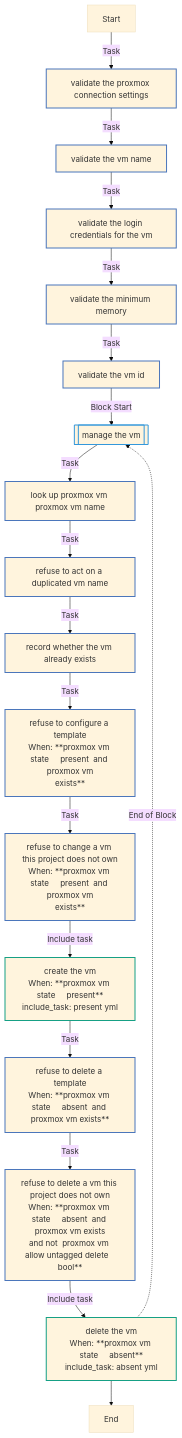
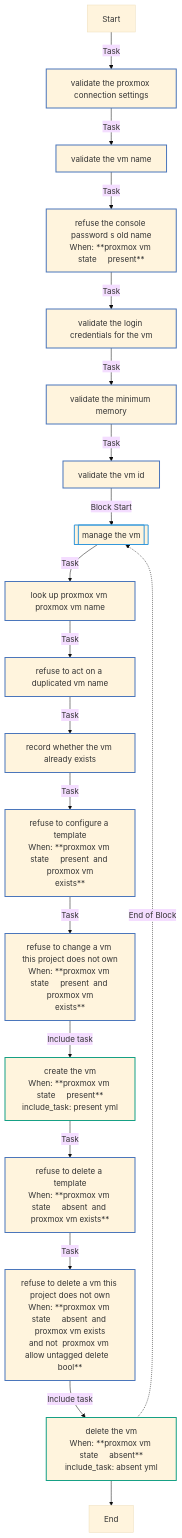
The first of 4 diagrams in docs/reference/roles/proxmox_vm.md (kawadeomkar/claude-on-proxmox), drawn with Mermaid (base theme) before and after one commit. The commit also changed other lines of this file and 38 other files, not shown here.

````diff
--- a/docs/reference/roles/proxmox_vm.md
+++ b/docs/reference/roles/proxmox_vm.md
@@ -115,30 +116,31 @@
 ```mermaid
 flowchart TD
 Start
 classDef block stroke:#3498db,stroke-width:2px;
 classDef task stroke:#4b76bb,stroke-width:2px;
 classDef includeTasks stroke:#16a085,stroke-width:2px;
 classDef importTasks stroke:#34495e,stroke-width:2px;
 classDef includeRole stroke:#2980b9,stroke-width:2px;
 classDef importRole stroke:#699ba7,stroke-width:2px;
 classDef includeVars stroke:#8e44ad,stroke-width:2px;
 classDef rescue stroke:#665352,stroke-width:2px;
 
   Start-->|Task| Validate_the_Proxmox_connection_settings0[validate the proxmox connection settings]:::task
   Validate_the_Proxmox_connection_settings0-->|Task| Validate_the_VM_name1[validate the vm name]:::task
-  Validate_the_VM_name1-->|Task| Validate_the_login_credentials_for_the_VM2[validate the login credentials for the vm]:::task
-  Validate_the_login_credentials_for_the_VM2-->|Task| Validate_the_minimum_memory3[validate the minimum memory]:::task
-  Validate_the_minimum_memory3-->|Task| Validate_the_VM_ID4[validate the vm id]:::task
-  Validate_the_VM_ID4-->|Block Start| Manage_the_VM5_block_start_0[[manage the vm]]:::block
-  Manage_the_VM5_block_start_0-->|Task| Look_up_Proxmox_VM_proxmox_vm_name0[look up proxmox vm proxmox vm name]:::task
+  Validate_the_VM_name1-->|Task| Refuse_the_console_password_s_old_name2[refuse the console password s old name<br>When: **proxmox vm state     present**]:::task
+  Refuse_the_console_password_s_old_name2-->|Task| Validate_the_login_credentials_for_the_VM3[validate the login credentials for the vm]:::task
+  Validate_the_login_credentials_for_the_VM3-->|Task| Validate_the_minimum_memory4[validate the minimum memory]:::task
+  Validate_the_minimum_memory4-->|Task| Validate_the_VM_ID5[validate the vm id]:::task
+  Validate_the_VM_ID5-->|Block Start| Manage_the_VM6_block_start_0[[manage the vm]]:::block
+  Manage_the_VM6_block_start_0-->|Task| Look_up_Proxmox_VM_proxmox_vm_name0[look up proxmox vm proxmox vm name]:::task
   Look_up_Proxmox_VM_proxmox_vm_name0-->|Task| Refuse_to_act_on_a_duplicated_VM_name1[refuse to act on a duplicated vm name]:::task
   Refuse_to_act_on_a_duplicated_VM_name1-->|Task| Record_whether_the_VM_already_exists2[record whether the vm already exists]:::task
   Record_whether_the_VM_already_exists2-->|Task| Refuse_to_configure_a_template3[refuse to configure a template<br>When: **proxmox vm state     present  and proxmox vm<br>exists**]:::task
   Refuse_to_configure_a_template3-->|Task| Refuse_to_change_a_VM_this_project_does_not_own4[refuse to change a vm this project does not own<br>When: **proxmox vm state     present  and proxmox vm<br>exists**]:::task
   Refuse_to_change_a_VM_this_project_does_not_own4-->|Include task| Create_the_VM_present_yml_5[create the vm<br>When: **proxmox vm state     present**<br>include_task: present yml]:::includeTasks
   Create_the_VM_present_yml_5-->|Task| Refuse_to_delete_a_template6[refuse to delete a template<br>When: **proxmox vm state     absent  and proxmox vm exists**]:::task
   Refuse_to_delete_a_template6-->|Task| Refuse_to_delete_a_VM_this_project_does_not_own7[refuse to delete a vm this project does not own<br>When: **proxmox vm state     absent  and proxmox vm exists<br>and not  proxmox vm allow untagged delete   bool**]:::task
   Refuse_to_delete_a_VM_this_project_does_not_own7-->|Include task| Delete_the_VM_absent_yml_8[delete the vm<br>When: **proxmox vm state     absent**<br>include_task: absent yml]:::includeTasks
-  Delete_the_VM_absent_yml_8-.->|End of Block| Manage_the_VM5_block_start_0
+  Delete_the_VM_absent_yml_8-.->|End of Block| Manage_the_VM6_block_start_0
   Delete_the_VM_absent_yml_8-->End
 ```
````
